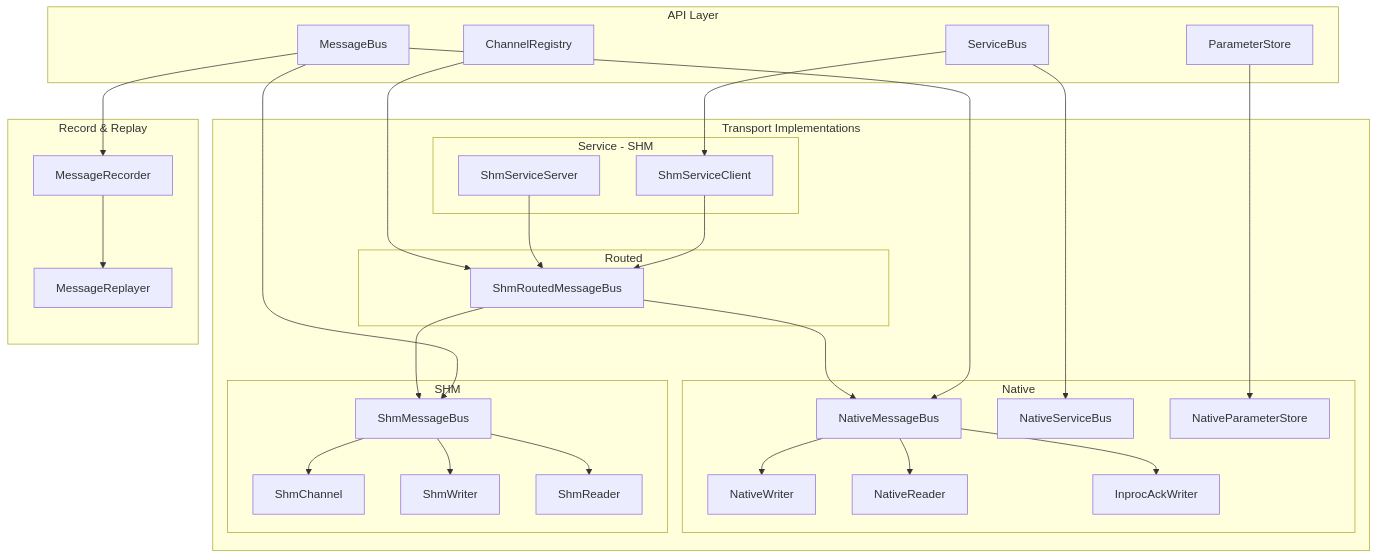
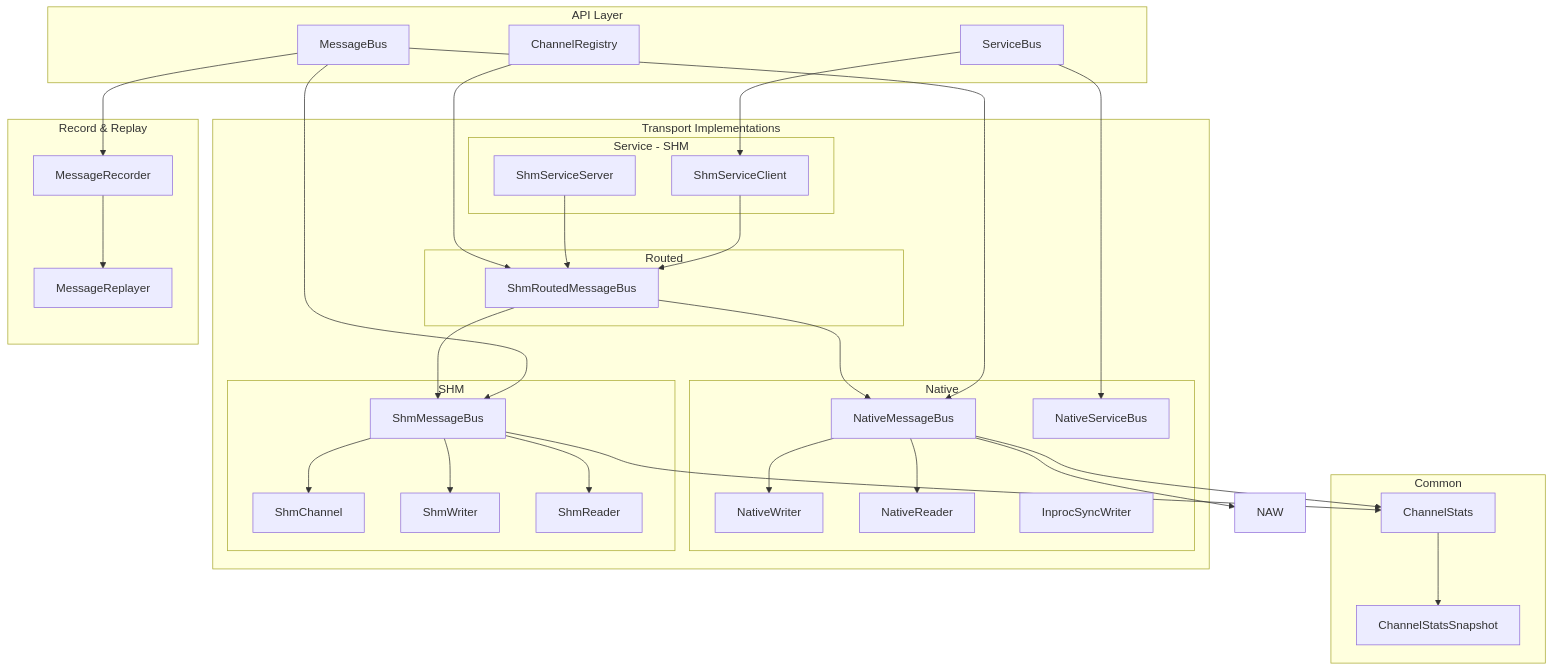
Before and after one commit to zgggy/starletto: the first of 4 diagrams in 00_hub/05_docs/spec/basement_transport.md, drawn with Mermaid. The commit also changed other lines of this file and 181 other files, not shown here.

````diff
--- a/00_hub/05_docs/spec/basement_transport.md
+++ b/00_hub/05_docs/spec/basement_transport.md
@@ -73,65 +71,70 @@
 ```mermaid
 graph TB
     subgraph "API Layer"
         MB[MessageBus]
         SB[ServiceBus]
-        PS[ParameterStore]
         CR[ChannelRegistry]
+    end
+
+    subgraph "Common"
+        CS[ChannelStats]
+        CSS[ChannelStatsSnapshot]
     end
 
     subgraph "Transport Implementations"
         subgraph "Native"
             NMB[NativeMessageBus]
             NW[NativeWriter]
             NR[NativeReader]
-            NAW[InprocAckWriter]
+            NSW[InprocSyncWriter]
             NSB[NativeServiceBus]
-            NPS[NativeParameterStore]
         end
 
         subgraph "SHM"
             SMB[ShmMessageBus]
             SC[ShmChannel]
             SW[ShmWriter]
             SR[ShmReader]
         end
 
         subgraph "Routed"
             SRMB[ShmRoutedMessageBus]
         end
 
         subgraph "Service - SHM"
             SSC[ShmServiceClient]
             SSS[ShmServiceServer]
         end
     end
 
     subgraph "Record & Replay"
         MR[MessageRecorder]
         MPR[MessageReplayer]
     end
 
     MB --> NMB
     MB --> SMB
     SRMB --> NMB
     SRMB --> SMB
     MB --> MR
     MR --> MPR
 
     NMB --> NW
     NMB --> NR
     NMB --> NAW
 
     SMB --> SW
     SMB --> SR
     SMB --> SC
 
     SB --> NSB
     SB --> SSC
     SSC --> SRMB
     SSS --> SRMB
 
-    PS --> NPS
+    NMB --> CS
+    SMB --> CS
+    CS --> CSS
 
     CR --> SRMB
 ```
````
